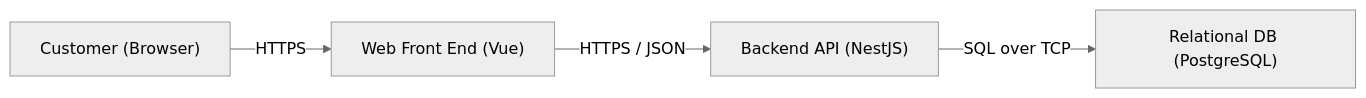
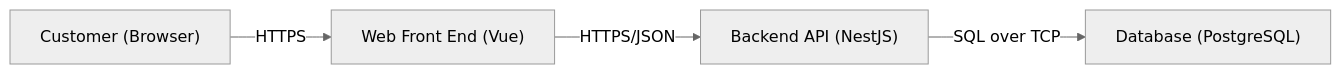
One commit to SthNoWork/Y3-S1-Lessons changed the fourth of 11 diagrams in Software Architecture/Midterm/quiz.md. Above: the diagram before and after it, drawn with Mermaid (neutral theme). The commit also changed other lines of this file and 6 other files, not shown here.

````diff
--- a/Software Architecture/Midterm/quiz.md
+++ b/Software Architecture/Midterm/quiz.md
@@ -396,6 +442,6 @@
 ```mermaid
 flowchart LR
   U["Customer (Browser)"] -->|"HTTPS"| FE["Web Front End (Vue)"]
-  FE -->|"HTTPS / JSON"| API["Backend API (NestJS)"]
-  API -->|"SQL over TCP"| DB["Relational DB (PostgreSQL)"]
+  FE -->|"HTTPS/JSON"| API["Backend API (NestJS)"]
+  API -->|"SQL over TCP"| DB["Database (PostgreSQL)"]
 ```
````
